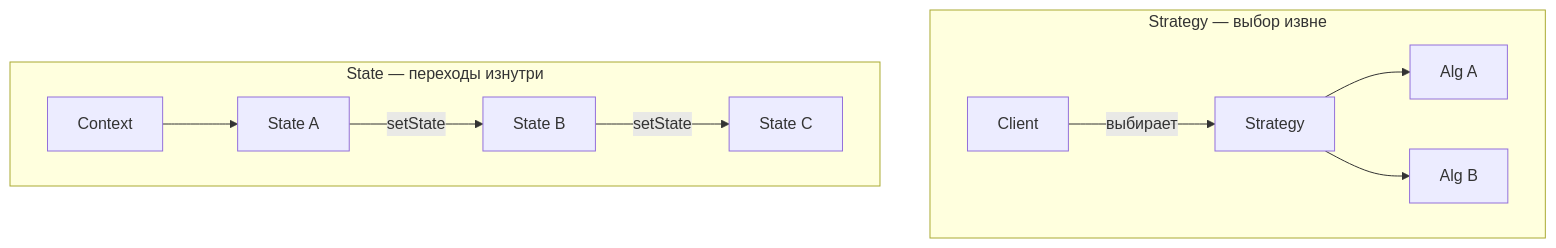
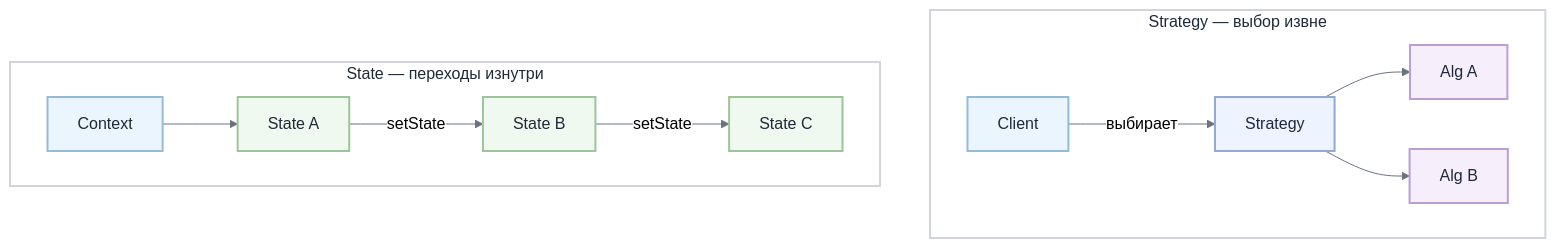
One commit to MishaSytch/middle_java_back changed diagram 13 of 16 in docs/interview/design-patterns.md. Above: the diagram before and after it, drawn with Mermaid. The commit also changed other lines of this file and 15 other files, not shown here.

````diff
--- a/docs/interview/design-patterns.md
+++ b/docs/interview/design-patterns.md
@@ -250,13 +396,29 @@
 ```mermaid
+%%{init: { 'theme': 'neutral', 'themeVariables': { 'primaryColor': '#ffffff', 'primaryTextColor': '#1f2937', 'lineColor': '#6b7280', 'primaryBorderColor': '#d1d5db', 'secondaryColor': '#f3f4f6', 'tertiaryColor': '#e5e7eb' } } }%%
 flowchart TB
     subgraph STR[Strategy — выбор извне]
         SC[Client] -->|выбирает| SS[Strategy]
         SS --> SA[Alg A]
         SS --> SB[Alg B]
     end
     subgraph ST[State — переходы изнутри]
         CT[Context] --> S1[State A]
         S1 -->|setState| S2[State B]
         S2 -->|setState| S3[State C]
     end
+    classDef n0 fill:#eaf5fd,stroke:#94bcd8,stroke-width:2px,color:#1f2937
+    classDef n1 fill:#eef4ff,stroke:#93a8d4,stroke-width:2px,color:#1f2937
+    classDef n2 fill:#f6eefa,stroke:#bb9ed4,stroke-width:2px,color:#1f2937
+    classDef n3 fill:#f0f9ef,stroke:#9dc49a,stroke-width:2px,color:#1f2937
+    classDef n4 fill:#ffffff,stroke:#d1d5db,stroke-width:2px,color:#1f2937
+    class SC n0
+    class SS n1
+    class SA n2
+    class SB n2
+    class CT n0
+    class S1 n3
+    class S2 n3
+    class S3 n3
+    class STR n4
+    class ST n4
 ```
````
